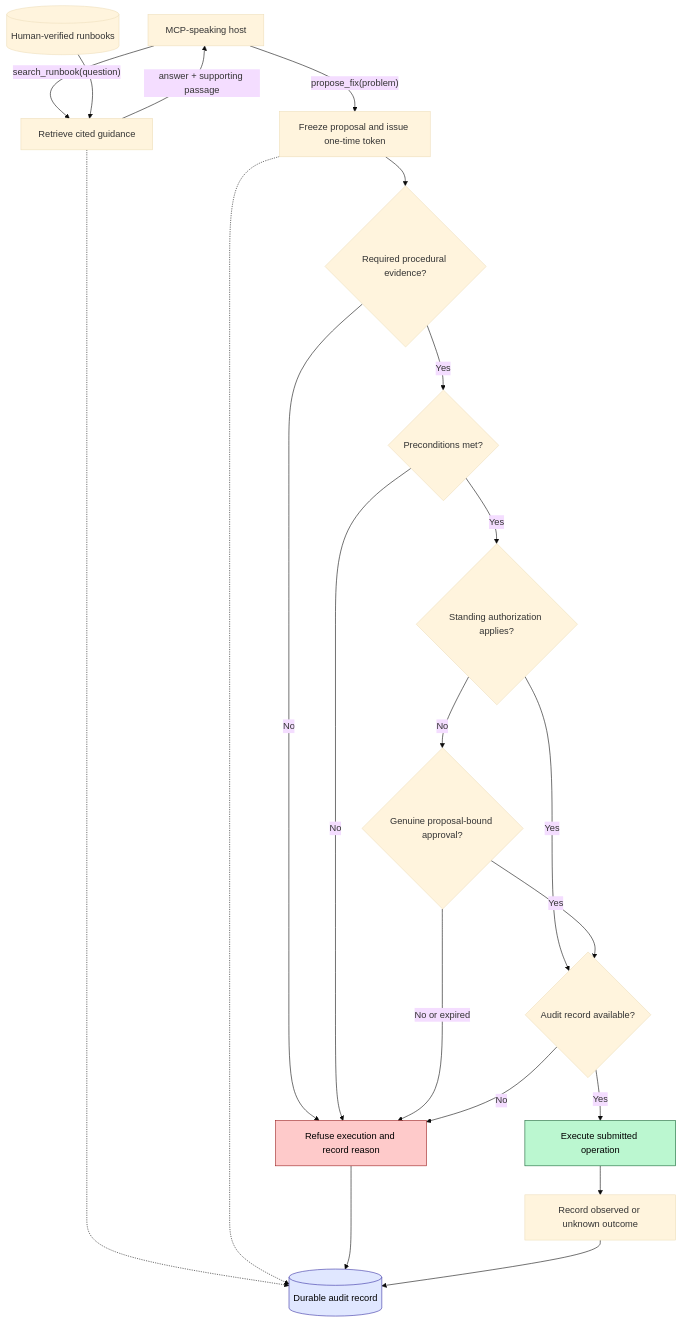
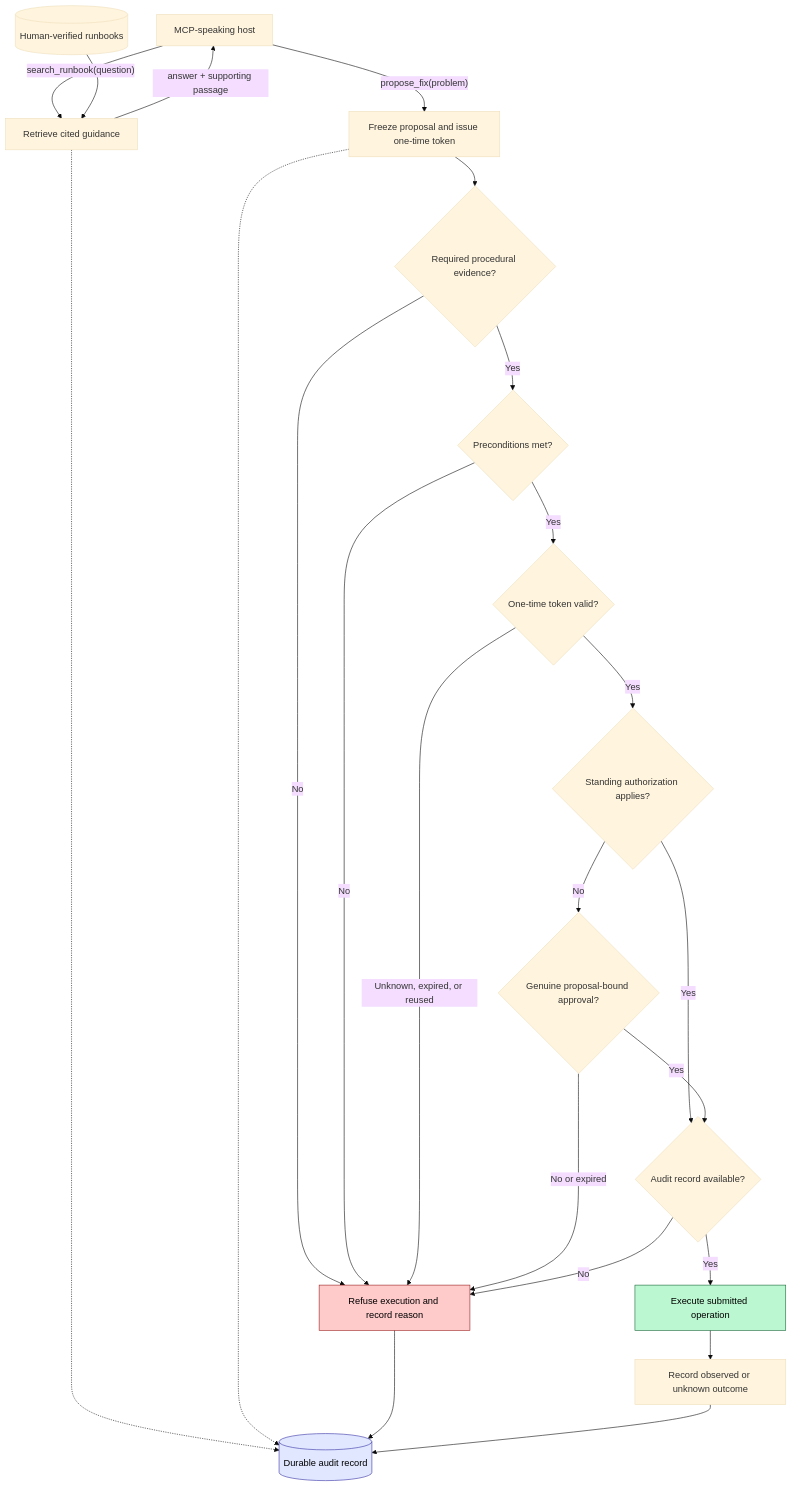
One commit to alanfong93/ops-guard changed the diagram in docs/system_flow.md. Above: the diagram before and after it, drawn with Mermaid (base theme). The commit also changed 17 other files, not shown here.

First line of the commit message:
feat: frozen proposal lifecycle with one-time tokens (#10) (#17)

````diff
--- a/docs/system_flow.md
+++ b/docs/system_flow.md
@@ -3,28 +3,30 @@
 ```mermaid
 flowchart TD
     HOST["MCP-speaking host"] -->|"search_runbook(question)"| RETRIEVE["Retrieve cited guidance"]
     RUNBOOKS[("Human-verified runbooks")] --> RETRIEVE
     RETRIEVE -->|"answer + supporting passage"| HOST
     RETRIEVE -.-> AUDIT_LOG[("Durable audit record")]
 
     HOST -->|"propose_fix(problem)"| PROPOSE["Freeze proposal and issue one-time token"]
     PROPOSE --> EVIDENCE{"Required procedural evidence?"}
     EVIDENCE -->|"No"| REFUSE["Refuse execution and record reason"]
     EVIDENCE -->|"Yes"| PRECONDITIONS{"Preconditions met?"}
     PRECONDITIONS -->|"No"| REFUSE
-    PRECONDITIONS -->|"Yes"| AUTH{"Standing authorization applies?"}
+    PRECONDITIONS -->|"Yes"| TOKEN{"One-time token valid?"}
+    TOKEN -->|"Unknown, expired, or reused"| REFUSE
+    TOKEN -->|"Yes"| AUTH{"Standing authorization applies?"}
     AUTH -->|"Yes"| AUDIT{"Audit record available?"}
     AUTH -->|"No"| APPROVAL{"Genuine proposal-bound approval?"}
     APPROVAL -->|"No or expired"| REFUSE
     APPROVAL -->|"Yes"| AUDIT
     AUDIT -->|"No"| REFUSE
     AUDIT -->|"Yes"| EXECUTE["Execute submitted operation"]
     EXECUTE --> OUTCOME["Record observed or unknown outcome"]
     PROPOSE -.-> AUDIT_LOG
     REFUSE --> AUDIT_LOG
     OUTCOME --> AUDIT_LOG
 
     style REFUSE fill:#fecaca,stroke:#991b1b,color:#000
     style EXECUTE fill:#bbf7d0,stroke:#166534,color:#000
     style AUDIT_LOG fill:#e0e7ff,stroke:#3730a3,color:#000
 ```
````
